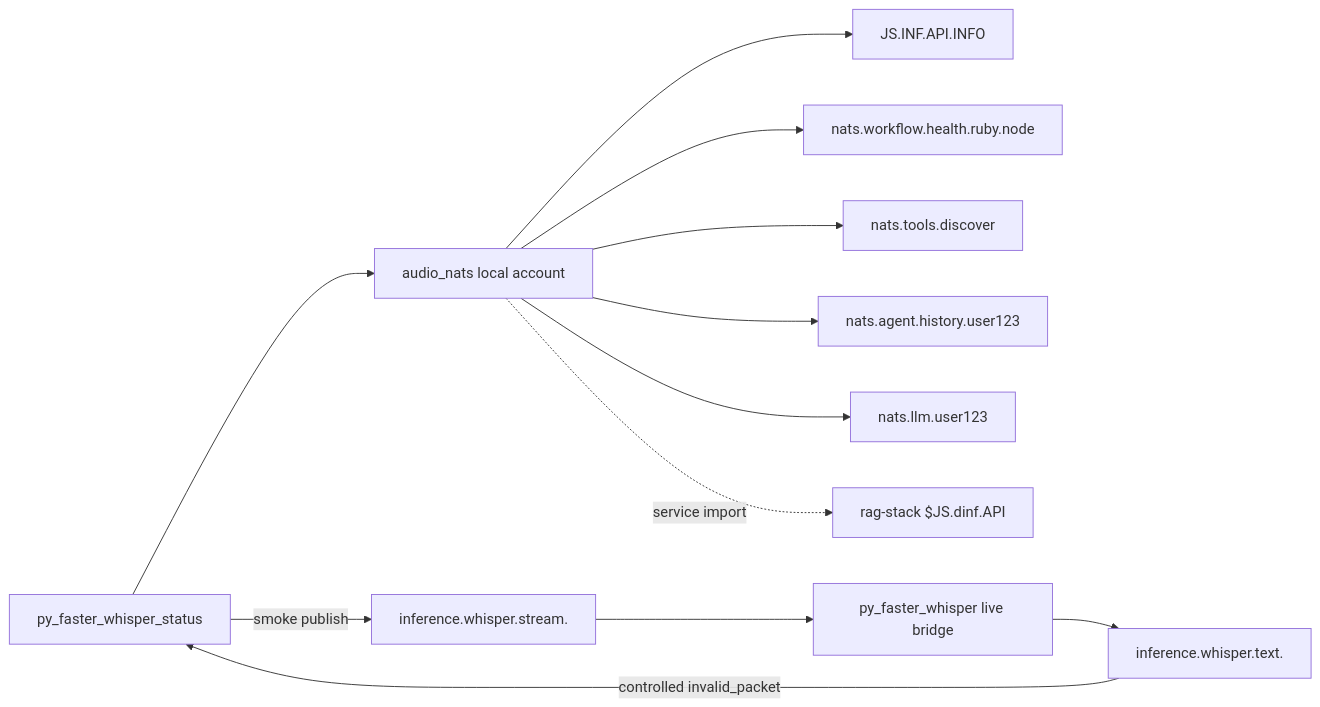
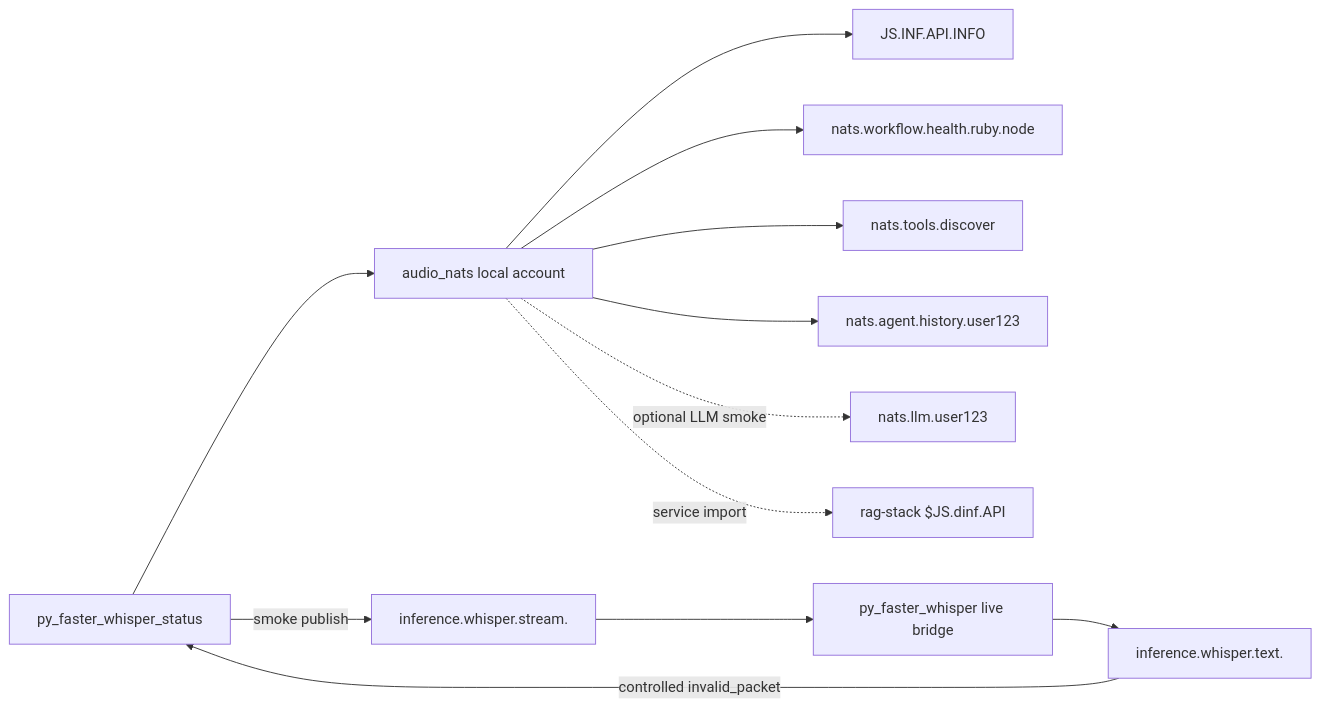
One commit to komaroffsergei/webrtc-komaroff changed the seventh of 7 diagrams in DOCS/DIAGNOSTICS.md. Above: the diagram before and after it, drawn with Mermaid. The commit also changed other lines of this file, not shown here.

````diff
--- a/DOCS/DIAGNOSTICS.md
+++ b/DOCS/DIAGNOSTICS.md
@@ -167,17 +297,17 @@
 ```mermaid
 flowchart LR
     Health["py_faster_whisper_status"] --> AudioNats["audio_nats local account"]
 
     AudioNats --> Js["JS.INF.API.INFO"]
     AudioNats --> Workflow["nats.workflow.health.ruby.node"]
     AudioNats --> Tools["nats.tools.discover"]
     AudioNats --> History["nats.agent.history.user123"]
-    AudioNats --> Llm["nats.llm.user123"]
+    AudioNats -. optional LLM smoke .-> Llm["nats.llm.user123"]
 
     Health -- smoke publish --> AsrIn["inference.whisper.stream.<diagnostics>"]
     AsrOut["inference.whisper.text.<diagnostics>"] -- controlled invalid_packet --> Health
     AsrIn --> Bridge["py_faster_whisper live bridge"]
     Bridge --> AsrOut
 
     AudioNats -. service import .-> InferenceJs["rag-stack $JS.dinf.API"]
 ```
````
